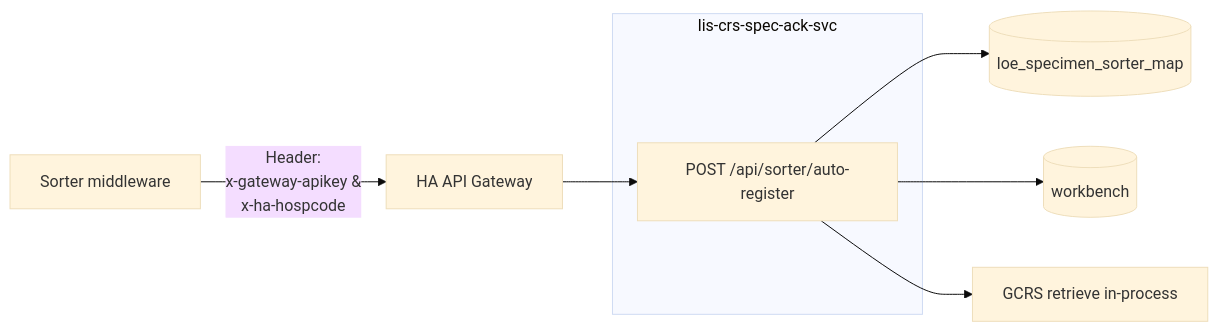
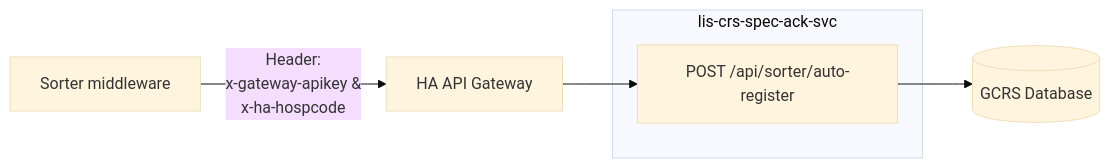
One commit to DragonChong/HA-Notes changed the diagram in SDLC/Projects/TMP-specimen-sorter-api — Specimen Sorter API/API Specification.md. Above: the diagram before and after it, drawn with Mermaid (base theme). The commit also changed other lines of this file, not shown here.

Commit message:
vault backup: 2026-09-15 16:41:15

````diff
--- a/SDLC/Projects/TMP-specimen-sorter-api — Specimen Sorter API/API Specification.md
+++ b/SDLC/Projects/TMP-specimen-sorter-api — Specimen Sorter API/API Specification.md
@@ -30,19 +30,15 @@
 ```mermaid
 flowchart LR
   MW[Sorter middleware]
   APIM[HA API Gateway]
 
   subgraph oc[lis-crs-spec-ack-svc]
     SORT["POST /api/sorter/auto-register"]
   end
 
-  MAP[(loe_specimen_sorter_map)]
-  WB[(workbench)]
-  GCRS[GCRS retrieve in-process]
+  GCRS[(GCRS Database)]
 
   MW -->|"Header:<br>x-gateway-apikey &<br> x-ha-hospcode"| APIM
   APIM --> SORT
-  SORT --> MAP
-  SORT --> WB
   SORT --> GCRS
 ```
````
